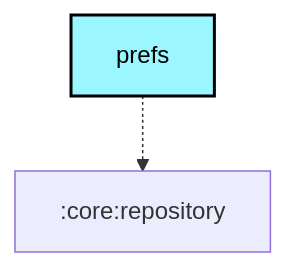
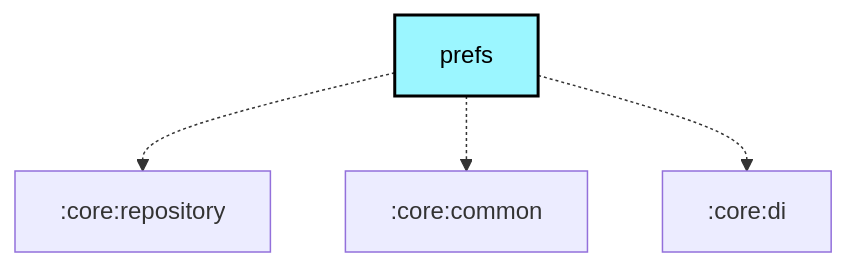
One commit to meshtastic/Meshtastic-Android changed the diagram in core/prefs/README.md. Above: the diagram before and after it, drawn with Mermaid. The commit also changed 5 other files, not shown here.

First line of the commit message:
chore: Scheduled updates (Firmware, Hardware, Translations, Graphs)

````diff
--- a/core/prefs/README.md
+++ b/core/prefs/README.md
@@ -19,16 +19,18 @@
 ```mermaid
 graph TB
   :core:prefs[prefs]:::android-library
   :core:prefs -.-> :core:repository
+  :core:prefs -.-> :core:common
+  :core:prefs -.-> :core:di
 
 classDef android-application fill:#CAFFBF,stroke:#000,stroke-width:2px,color:#000;
 classDef android-application-compose fill:#CAFFBF,stroke:#000,stroke-width:2px,color:#000;
 classDef android-feature fill:#FFD6A5,stroke:#000,stroke-width:2px,color:#000;
 classDef android-library fill:#9BF6FF,stroke:#000,stroke-width:2px,color:#000;
 classDef android-library-compose fill:#9BF6FF,stroke:#000,stroke-width:2px,color:#000;
 classDef android-test fill:#A0C4FF,stroke:#000,stroke-width:2px,color:#000;
 classDef jvm-library fill:#BDB2FF,stroke:#000,stroke-width:2px,color:#000;
 classDef kmp-library fill:#FFC1CC,stroke:#000,stroke-width:2px,color:#000;
 classDef unknown fill:#FFADAD,stroke:#000,stroke-width:2px,color:#000;
 
 ```
````
